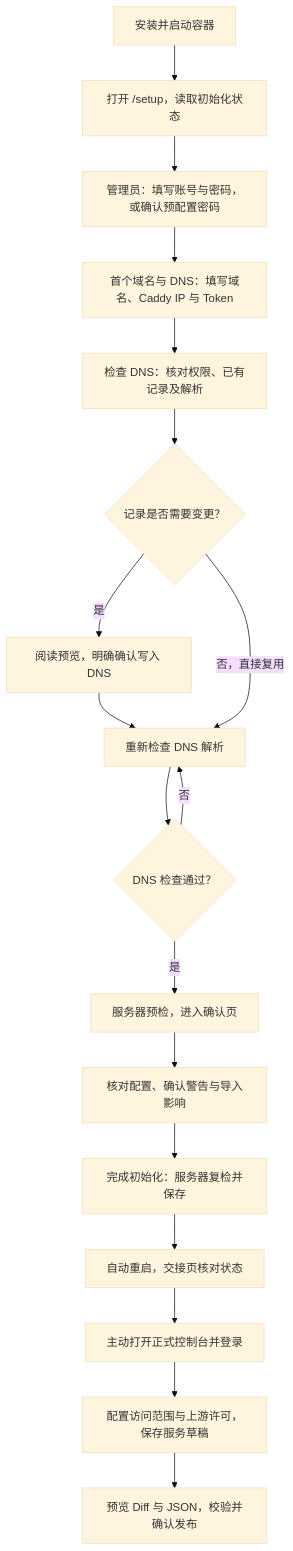
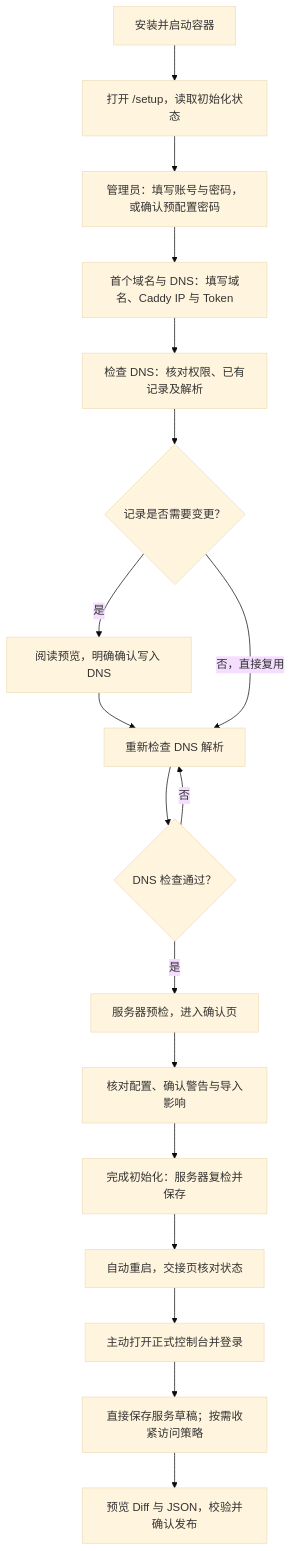
Before and after one commit to gofxq/caddy_admin: the diagram in docs/setup.md, drawn with Mermaid (base theme). The commit also changed other lines of this file and 41 other files, not shown here.

````diff
--- a/docs/setup.md
+++ b/docs/setup.md
@@ -11,20 +11,20 @@
 ```mermaid
 flowchart TD
     A[安装并启动容器] --> B[打开 /setup，读取初始化状态]
     B --> C[管理员：填写账号与密码，或确认预配置密码]
     C --> D[首个域名与 DNS：填写域名、Caddy IP 与 Token]
     D --> E[检查 DNS：核对权限、已有记录及解析]
     E --> F{记录是否需要变更？}
     F -->|是| G[阅读预览，明确确认写入 DNS]
     G --> H[重新检查 DNS 解析]
     F -->|否，直接复用| H
     H --> I{DNS 检查通过？}
     I -->|否| H
     I -->|是| J[服务器预检，进入确认页]
     J --> K[核对配置、确认警告与导入影响]
     K --> L[完成初始化：服务器复检并保存]
     L --> M[自动重启，交接页核对状态]
     M --> N[主动打开正式控制台并登录]
-    N --> O[配置访问范围与上游许可，保存服务草稿]
+    N --> O[直接保存服务草稿；按需收紧访问策略]
     O --> P[预览 Diff 与 JSON，校验并确认发布]
 ```
````
